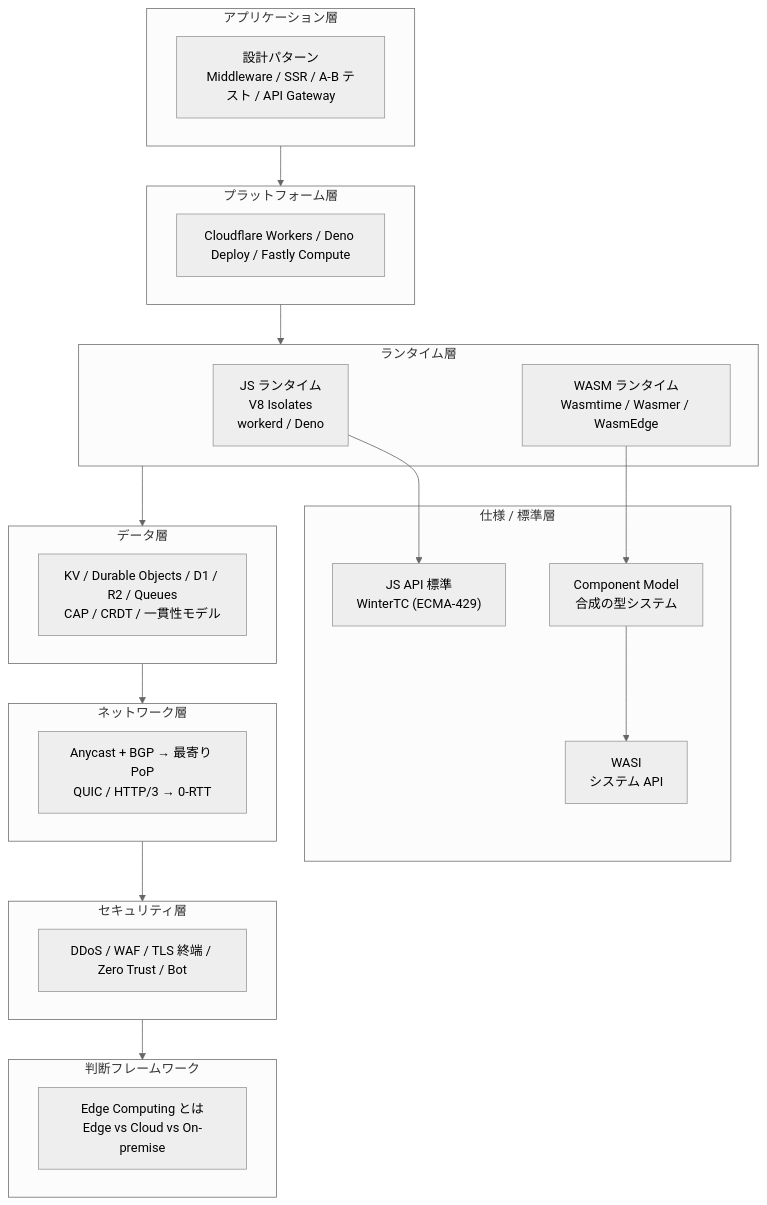
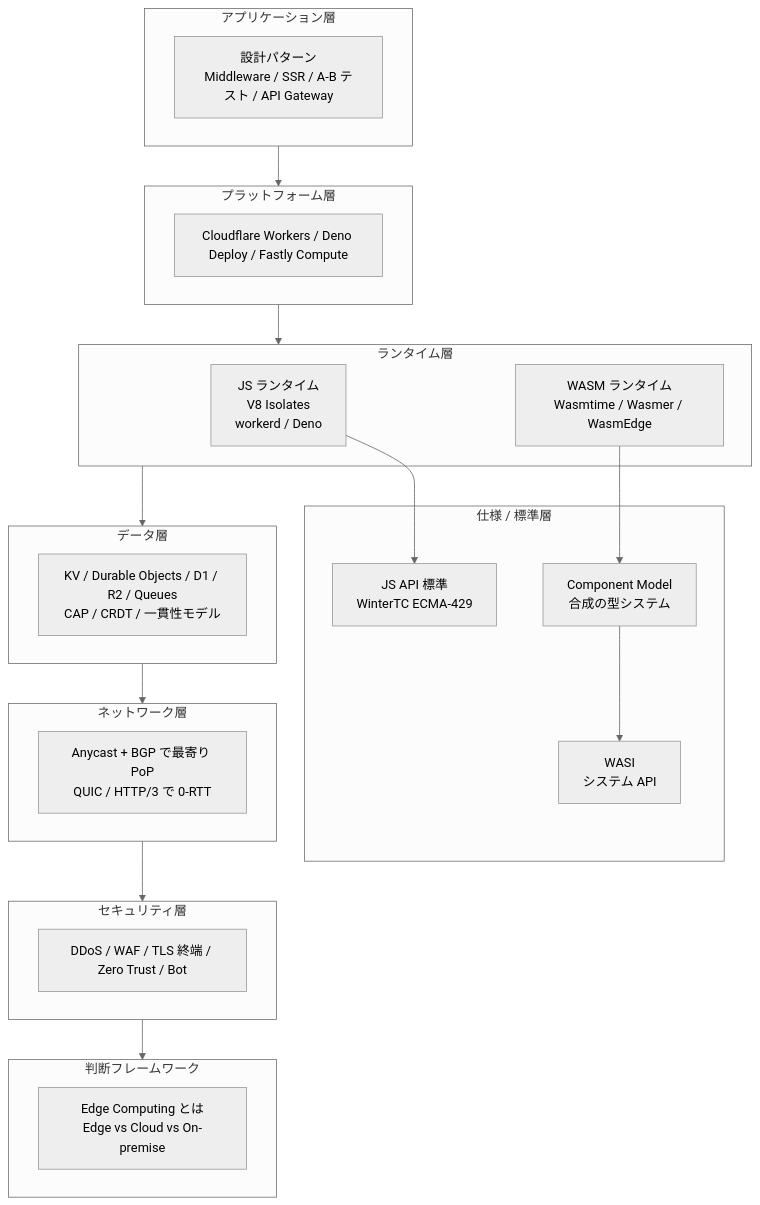
The second of 8 diagrams in vault/edge-wasm-landscape.md (O6lvl4/O6lvl4-knowledge), drawn with Mermaid (neutral theme) before and after one commit. The commit also changed other lines of this file, not shown here.

Commit message:
Remove wikilinks from Mermaid blocks for proper rendering

````diff
--- a/vault/edge-wasm-landscape.md
+++ b/vault/edge-wasm-landscape.md
@@ -60,46 +60,46 @@
 ```mermaid
 graph TB
     subgraph App["アプリケーション層"]
         Patterns["設計パターン<br/>Middleware / SSR / A-B テスト / API Gateway"]
     end
 
     subgraph Platform["プラットフォーム層"]
         Platforms["Cloudflare Workers / Deno Deploy / Fastly Compute"]
     end
 
     subgraph Runtime["ランタイム層"]
         JS_RT["JS ランタイム<br/>V8 Isolates<br/>workerd / Deno"]
         WASM_RT["WASM ランタイム<br/>Wasmtime / Wasmer / WasmEdge"]
     end
 
-    subgraph Spec["仕様 / 標準層"]
-        JS_Spec["JS API 標準<br/>WinterTC (ECMA-429)"]
+    subgraph SpecLayer["仕様 / 標準層"]
+        JS_Spec["JS API 標準<br/>WinterTC ECMA-429"]
         WASM_Spec["Component Model<br/>合成の型システム"]
         WASI_Spec["WASI<br/>システム API"]
     end
 
-    subgraph Data["データ層"]
+    subgraph DataLayer["データ層"]
         DataStore["KV / Durable Objects / D1 / R2 / Queues<br/>CAP / CRDT / 一貫性モデル"]
     end
 
     subgraph Net["ネットワーク層"]
-        Network["Anycast + BGP → 最寄り PoP<br/>QUIC / HTTP/3 → 0-RTT"]
+        Network["Anycast + BGP で最寄り PoP<br/>QUIC / HTTP/3 で 0-RTT"]
     end
 
     subgraph Sec["セキュリティ層"]
         Security["DDoS / WAF / TLS 終端 / Zero Trust / Bot"]
     end
 
     subgraph Foundation["判断フレームワーク"]
         Decide["Edge Computing とは<br/>Edge vs Cloud vs On-premise"]
     end
 
     App --> Platform
     Platform --> Runtime
     JS_RT --> JS_Spec
     WASM_RT --> WASM_Spec --> WASI_Spec
-    Runtime --> Data
-    Data --> Net
+    Runtime --> DataLayer
+    DataLayer --> Net
     Net --> Sec
     Sec --> Foundation
 ```
````
